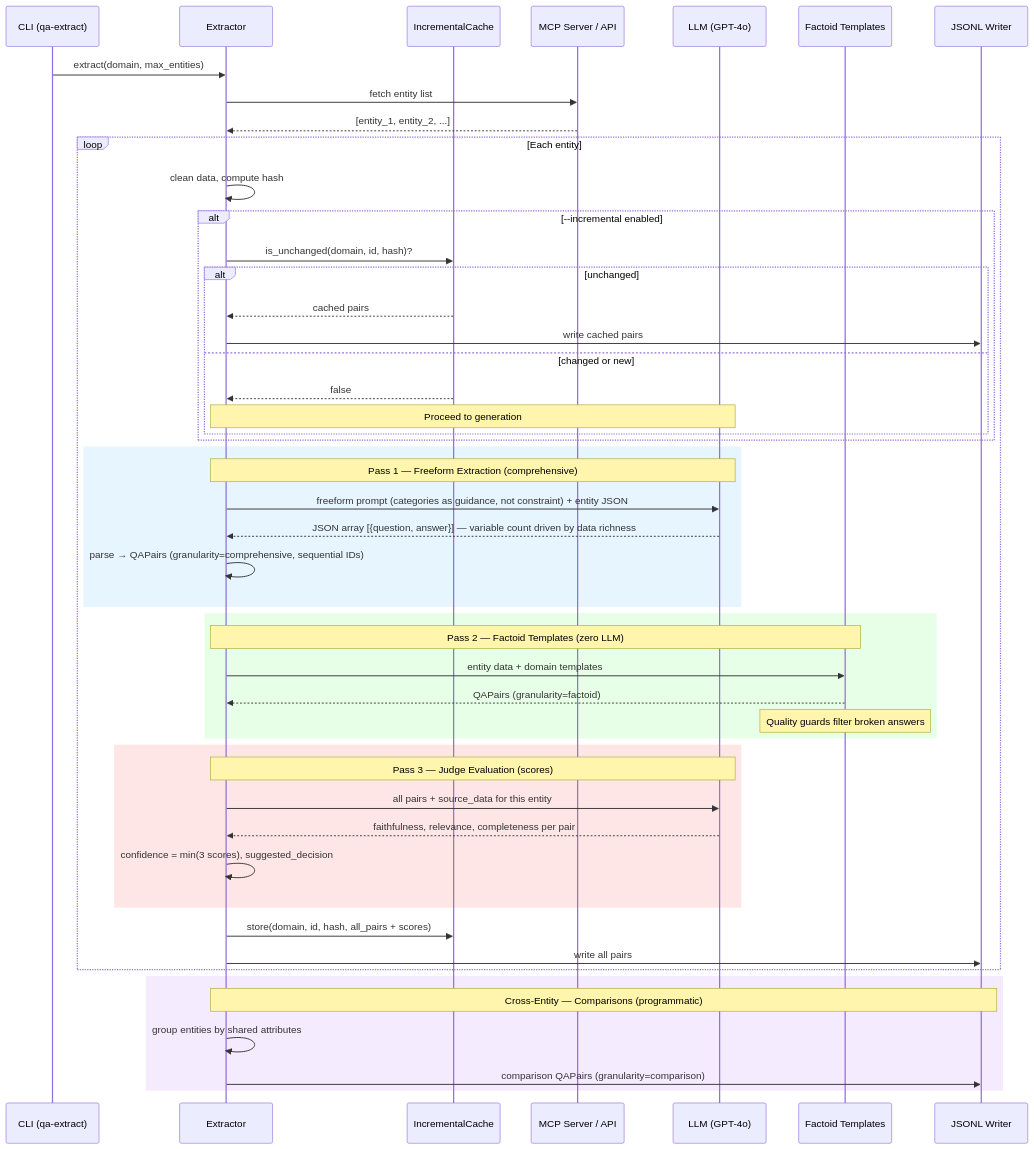
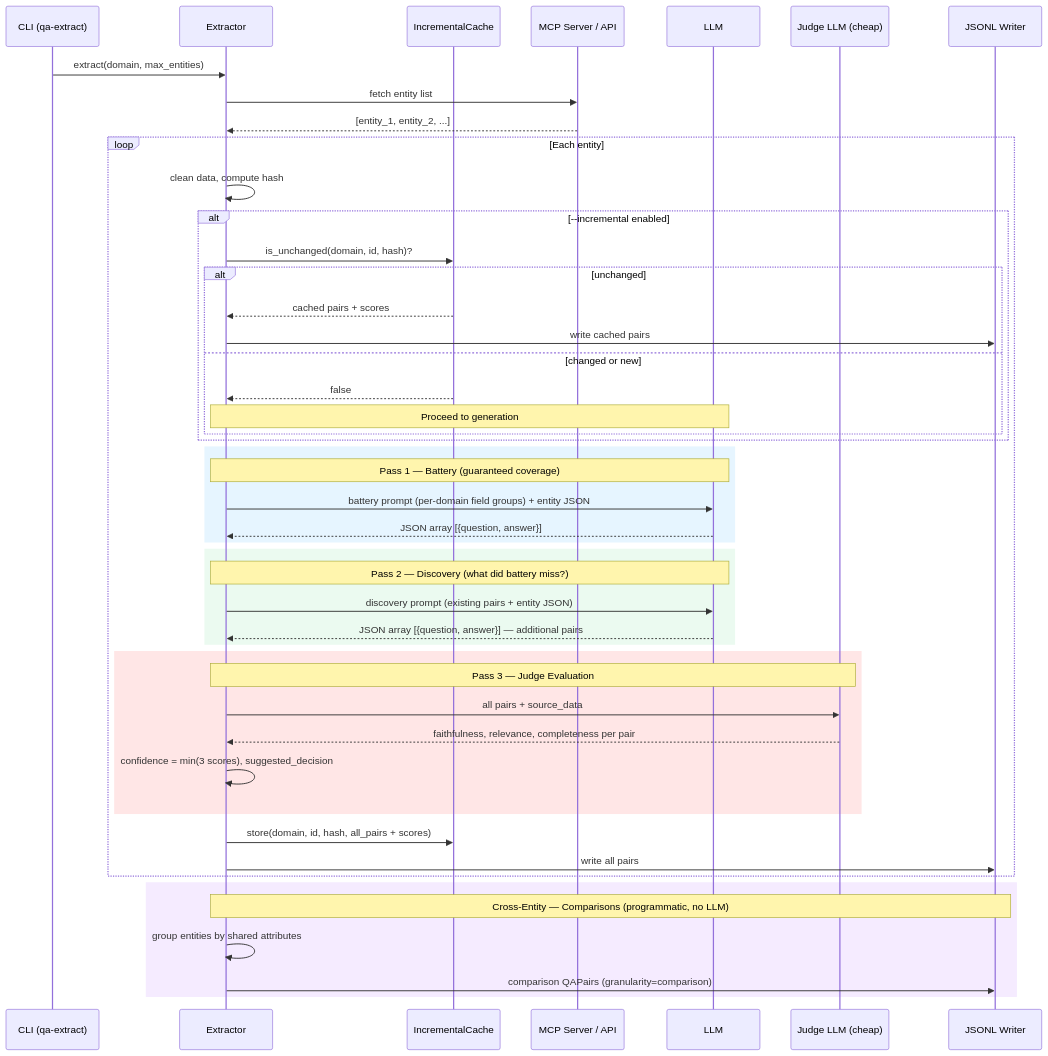
The second of 2 diagrams in docs/system-overview-2026-02-17.md (necyberteam/access-qa-extraction), drawn with Mermaid before and after one commit. The commit also changed other lines of this file and 7 other files, not shown here.

````diff
--- a/docs/system-overview-2026-02-17.md
+++ b/docs/system-overview-2026-02-17.md
@@ -74,59 +72,57 @@
 ```mermaid
 sequenceDiagram
     participant CLI as CLI (qa-extract)
     participant EXT as Extractor
     participant CACHE as IncrementalCache
     participant MCP as MCP Server / API
-    participant LLM as LLM (GPT-4o)
-    participant TMPL as Factoid Templates
+    participant LLM as LLM
+    participant JUDGE as Judge LLM (cheap)
     participant OUT as JSONL Writer
 
     CLI->>EXT: extract(domain, max_entities)
     EXT->>MCP: fetch entity list
     MCP-->>EXT: [entity_1, entity_2, ...]
 
     loop Each entity
         EXT->>EXT: clean data, compute hash
 
         alt --incremental enabled
             EXT->>CACHE: is_unchanged(domain, id, hash)?
             alt unchanged
-                CACHE-->>EXT: cached pairs
+                CACHE-->>EXT: cached pairs + scores
                 EXT->>OUT: write cached pairs
             else changed or new
                 CACHE-->>EXT: false
                 Note over EXT,LLM: Proceed to generation
             end
         end
 
         rect rgb(230, 245, 255)
-            Note over EXT,LLM: Pass 1 — Freeform Extraction (comprehensive)
-            EXT->>LLM: freeform prompt (categories as guidance, not constraint) + entity JSON
-            LLM-->>EXT: JSON array [{question, answer}] — variable count driven by data richness
-            EXT->>EXT: parse → QAPairs (granularity=comprehensive, sequential IDs)
+            Note over EXT,LLM: Pass 1 — Battery (guaranteed coverage)
+            EXT->>LLM: battery prompt (per-domain field groups) + entity JSON
+            LLM-->>EXT: JSON array [{question, answer}]
         end
 
-        rect rgb(230, 255, 230)
-            Note over EXT,TMPL: Pass 2 — Factoid Templates (zero LLM)
-            EXT->>TMPL: entity data + domain templates
-            TMPL-->>EXT: QAPairs (granularity=factoid)
-            Note over TMPL: Quality guards filter broken answers
+        rect rgb(235, 250, 240)
+            Note over EXT,LLM: Pass 2 — Discovery (what did battery miss?)
+            EXT->>LLM: discovery prompt (existing pairs + entity JSON)
+            LLM-->>EXT: JSON array [{question, answer}] — additional pairs
         end
 
         rect rgb(255, 230, 230)
-            Note over EXT,LLM: Pass 3 — Judge Evaluation (scores)
-            EXT->>LLM: all pairs + source_data for this entity
-            LLM-->>EXT: faithfulness, relevance, completeness per pair
+            Note over EXT,JUDGE: Pass 3 — Judge Evaluation
+            EXT->>JUDGE: all pairs + source_data
+            JUDGE-->>EXT: faithfulness, relevance, completeness per pair
             EXT->>EXT: confidence = min(3 scores), suggested_decision
         end
 
         EXT->>CACHE: store(domain, id, hash, all_pairs + scores)
         EXT->>OUT: write all pairs
     end
 
     rect rgb(245, 235, 255)
-        Note over EXT,OUT: Cross-Entity — Comparisons (programmatic)
+        Note over EXT,OUT: Cross-Entity — Comparisons (programmatic, no LLM)
         EXT->>EXT: group entities by shared attributes
         EXT->>OUT: comparison QAPairs (granularity=comparison)
     end
 ```
````
